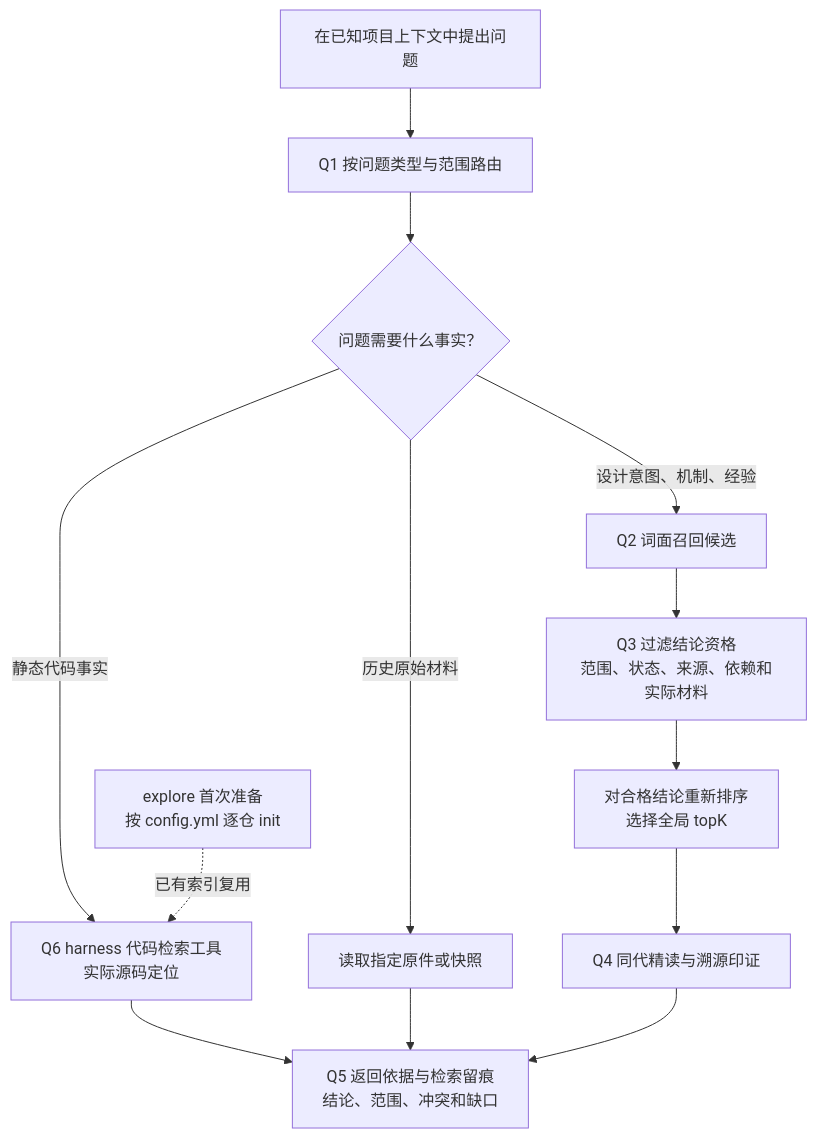
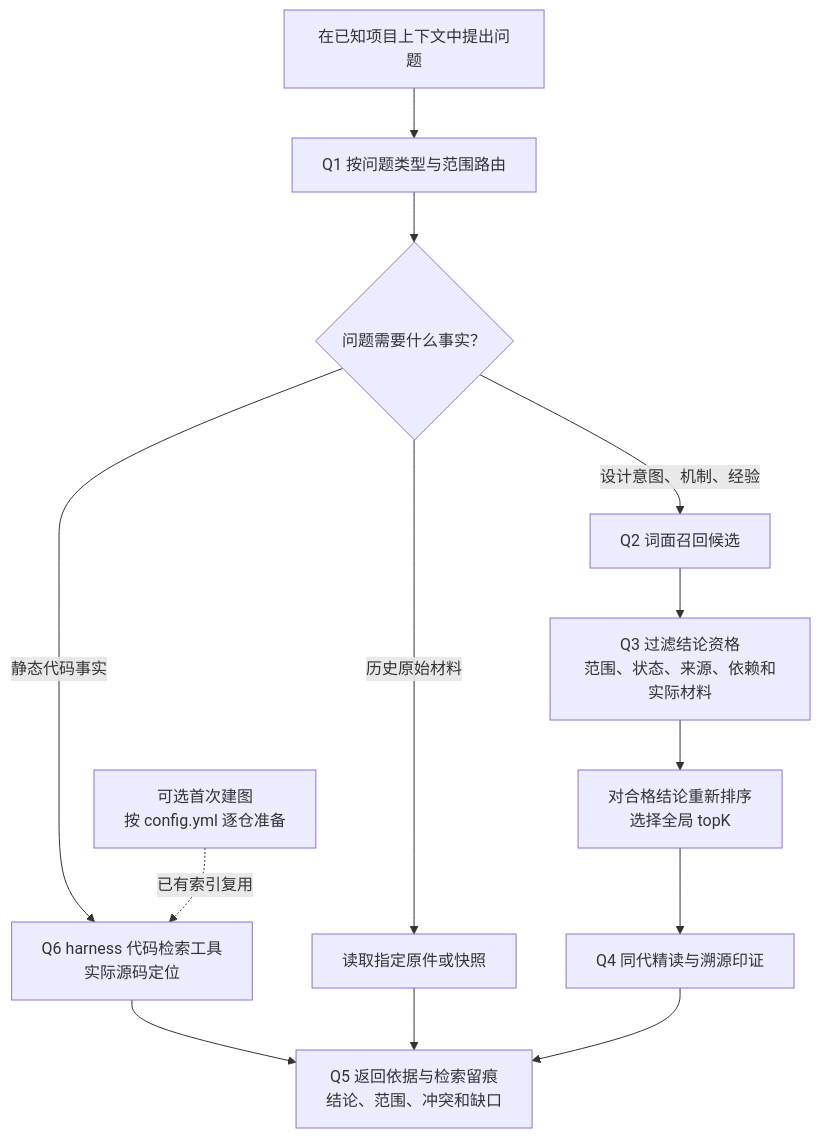
One commit to Robin-hhc/FactumCore changed the ninth of 26 diagrams in himate/himate-knowledge-wifi-mp/docs-llm-wiki/知识库详细设计.md. Above: the diagram before and after it, drawn with Mermaid. The commit also changed other lines of this file and 62 other files, not shown here.

````diff
--- a/himate/himate-knowledge-wifi-mp/docs-llm-wiki/知识库详细设计.md
+++ b/himate/himate-knowledge-wifi-mp/docs-llm-wiki/知识库详细设计.md
@@ -376,15 +376,15 @@
 ```mermaid
 flowchart TD
     U["在已知项目上下文中提出问题"] --> Q1["Q1 按问题类型与范围路由"]
     Q1 --> ROUTE{"问题需要什么事实？"}
     ROUTE -->|静态代码事实| Q6["Q6 harness 代码检索工具<br/>实际源码定位"]
-    PREP["explore 首次准备<br/>按 config.yml 逐仓 init"] -. "已有索引复用" .-> Q6
+    PREP["可选首次建图<br/>按 config.yml 逐仓准备"] -. "已有索引复用" .-> Q6
     ROUTE -->|历史原始材料| RAW["读取指定原件或快照"]
     ROUTE -->|设计意图、机制、经验| Q2["Q2 词面召回候选"]
     Q2 --> Q3["Q3 过滤结论资格<br/>范围、状态、来源、依赖和实际材料"]
     Q3 --> TOP["对合格结论重新排序<br/>选择全局 topK"]
     TOP --> Q4["Q4 同代精读与溯源印证"]
     Q6 --> Q5
     RAW --> Q5
     Q4 --> Q5["Q5 返回依据与检索留痕<br/>结论、范围、冲突和缺口"]
 ```
````
